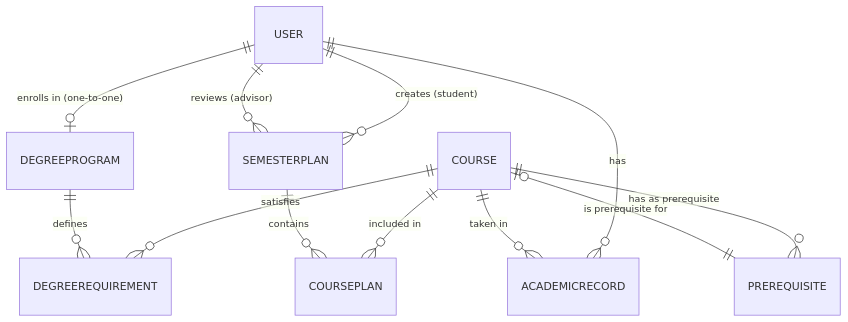
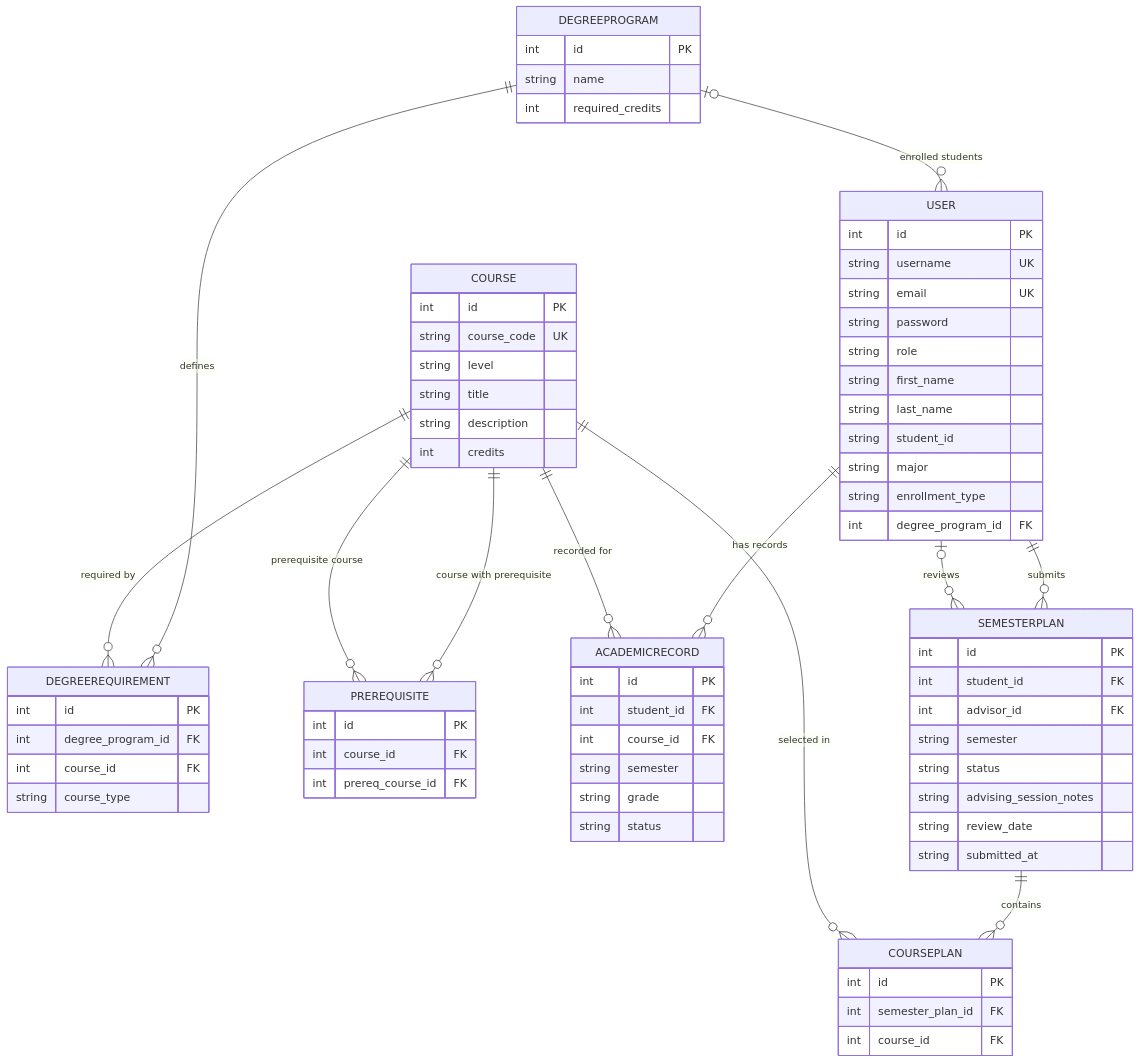
Before and after one commit to christiam44/comp3613-myadvisor: the diagram in docs/report.md, drawn with Mermaid. The commit also changed other lines of this file and 4 other files, not shown here.

Commit message:
Update A1 report, use-case diagram, and judge notes

````diff
--- a/docs/report.md
+++ b/docs/report.md
@@ -33,14 +50,74 @@
 ```mermaid
 erDiagram
-  USER ||--o| DEGREEPROGRAM : "enrolls in (one-to-one)"
-  USER ||--o{ SEMESTERPLAN : "creates (student)"
-  USER ||--o{ SEMESTERPLAN : "reviews (advisor)"
-  USER ||--o{ ACADEMICRECORD : "has"
-  COURSE ||--o{ ACADEMICRECORD : "taken in"
-  COURSE ||--o{ DEGREEREQUIREMENT : "satisfies"
-  COURSE ||--o{ COURSEPLAN : "included in"
-  COURSE ||--o{ PREREQUISITE : "has as prerequisite"
-  PREREQUISITE ||--o| COURSE : "is prerequisite for"
+  USER {
+    int id PK
+    string username UK
+    string email UK
+    string password
+    string role
+    string first_name
+    string last_name
+    string student_id
+    string major
+    string enrollment_type
+    int degree_program_id FK
+  }
+  DEGREEPROGRAM {
+    int id PK
+    string name
+    int required_credits
+  }
+  COURSE {
+    int id PK
+    string course_code UK
+    string level
+    string title
+    string description
+    int credits
+  }
+  DEGREEREQUIREMENT {
+    int id PK
+    int degree_program_id FK
+    int course_id FK
+    string course_type
+  }
+  PREREQUISITE {
+    int id PK
+    int course_id FK
+    int prereq_course_id FK
+  }
+  ACADEMICRECORD {
+    int id PK
+    int student_id FK
+    int course_id FK
+    string semester
+    string grade
+    string status
+  }
+  SEMESTERPLAN {
+    int id PK
+    int student_id FK
+    int advisor_id FK
+    string semester
+    string status
+    string advising_session_notes
+    string review_date
+    string submitted_at
+  }
+  COURSEPLAN {
+    int id PK
+    int semester_plan_id FK
+    int course_id FK
+  }
+  DEGREEPROGRAM o|--o{ USER : "enrolled students"
+  USER ||--o{ SEMESTERPLAN : "submits"
+  USER o|--o{ SEMESTERPLAN : "reviews"
+  USER ||--o{ ACADEMICRECORD : "has records"
+  COURSE ||--o{ ACADEMICRECORD : "recorded for"
   DEGREEPROGRAM ||--o{ DEGREEREQUIREMENT : "defines"
+  COURSE ||--o{ DEGREEREQUIREMENT : "required by"
+  COURSE ||--o{ PREREQUISITE : "course with prerequisite"
+  COURSE ||--o{ PREREQUISITE : "prerequisite course"
   SEMESTERPLAN ||--o{ COURSEPLAN : "contains"
+  COURSE ||--o{ COURSEPLAN : "selected in"
 ```
````
